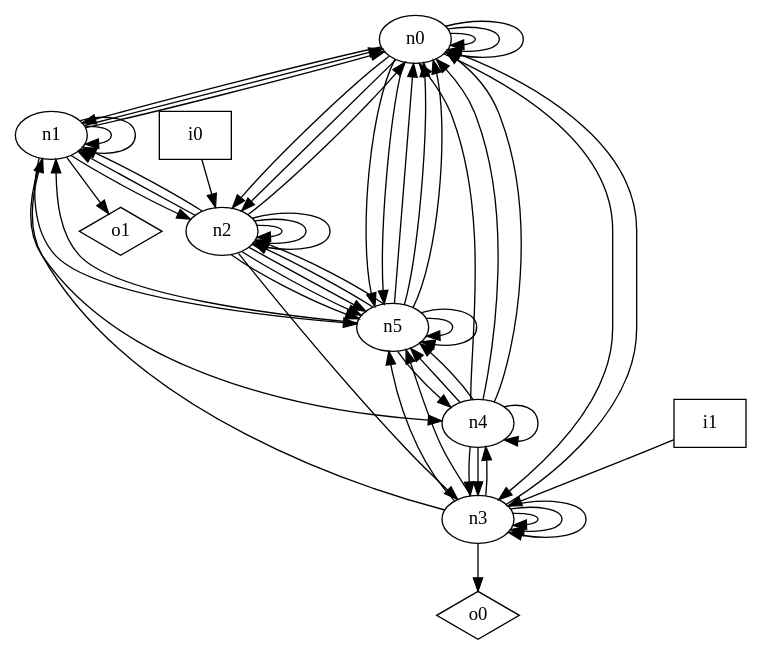
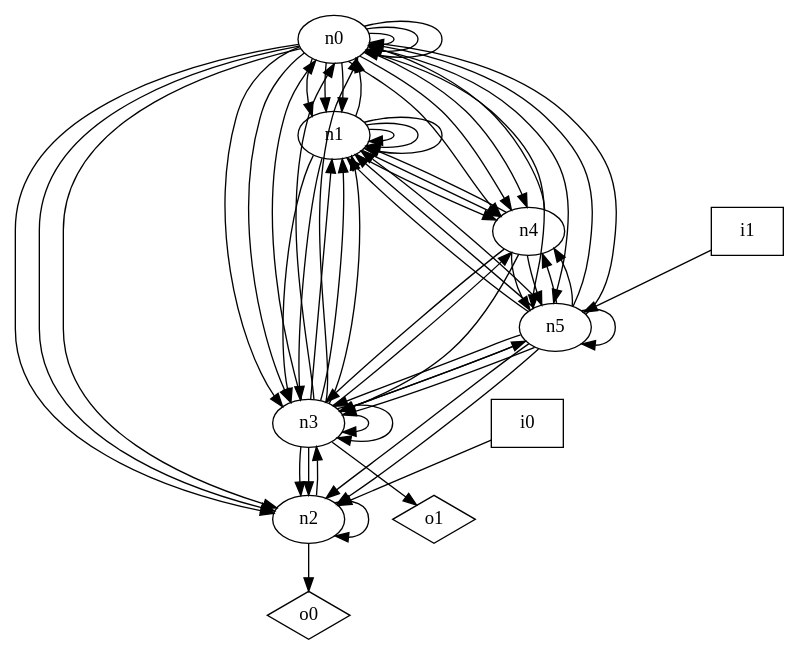
The diagram in dot_files/random_graph/graph.dot (p9romain/bool-circuits), drawn with Graphviz before and after one commit. The commit also changed 46 other files, not shown here.

```diff
--- a/dot_files/random_graph/graph.dot
+++ b/dot_files/random_graph/graph.dot
@@ -1,67 +1,73 @@
 digraph G {
 n0 [label="n0"];
 n1 [label="n1"];
 n2 [label="n2"];
 n3 [label="n3"];
 n4 [label="n4"];
 n5 [label="n5"];
 n6 [label="i0",shape="box"];
 n7 [label="i1",shape="box"];
 n8 [label="o0",shape="diamond"];
 n9 [label="o1",shape="diamond"];
 n0 -> n0
 n0 -> n0
 n0 -> n0
 n0 -> n1
+n0 -> n1
+n0 -> n1
+n0 -> n2
 n0 -> n2
 n0 -> n2
 n0 -> n3
+n0 -> n3
+n0 -> n4
+n0 -> n4
+n0 -> n4
 n0 -> n5
 n0 -> n5
 n1 -> n0
-n1 -> n0
 n1 -> n1
 n1 -> n1
-n1 -> n2
+n1 -> n1
+n1 -> n3
+n1 -> n3
 n1 -> n4
-n1 -> n5
-n1 -> n9
-n2 -> n0
-n2 -> n1
-n2 -> n1
-n2 -> n2
-n2 -> n2
+n1 -> n4
 n2 -> n2
 n2 -> n3
-n2 -> n5
-n2 -> n5
-n2 -> n5
+n2 -> n8
+n3 -> n0
+n3 -> n0
 n3 -> n0
 n3 -> n1
-n3 -> n3
+n3 -> n1
+n3 -> n1
+n3 -> n2
+n3 -> n2
 n3 -> n3
 n3 -> n3
 n3 -> n4
 n3 -> n5
-n3 -> n5
-n3 -> n8
+n3 -> n9
 n4 -> n0
-n4 -> n0
-n4 -> n0
+n4 -> n1
 n4 -> n3
 n4 -> n3
-n4 -> n4
 n4 -> n5
 n4 -> n5
 n5 -> n0
 n5 -> n0
-n5 -> n0
+n5 -> n1
+n5 -> n1
 n5 -> n1
 n5 -> n2
 n5 -> n2
+n5 -> n3
+n5 -> n3
+n5 -> n3
+n5 -> n4
 n5 -> n4
 n5 -> n5
-n5 -> n5
 n6 -> n2
-n7 -> n3
+n7 -> n5
 }
```
